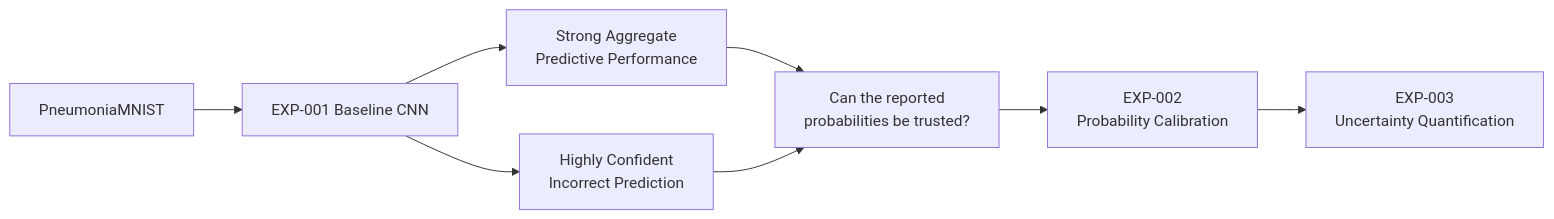
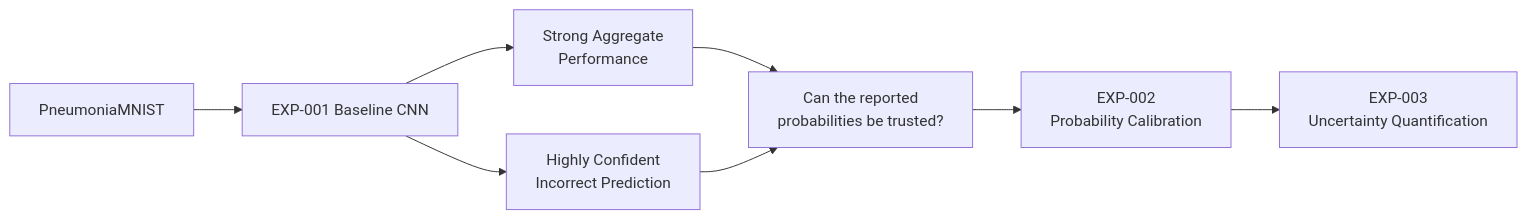
Before and after one commit to hammedfataio/trustworthy-healthcare-ai: the first of 11 diagrams in docs/experiment_002_calibration.md, drawn with Mermaid. The commit also changed other lines of this file, not shown here.

````diff
--- a/docs/experiment_002_calibration.md
+++ b/docs/experiment_002_calibration.md
@@ -101,17 +97,15 @@
 ```mermaid
 flowchart LR
 
     DATA["PneumoniaMNIST"] --> CNN["EXP-001 Baseline CNN"]
 
-    CNN --> PERF["Strong Aggregate<br/>Predictive Performance"]
-
+    CNN --> PERF["Strong Aggregate<br/>Performance"]
     CNN --> ERROR["Highly Confident<br/>Incorrect Prediction"]
 
     PERF --> QUESTION["Can the reported<br/>probabilities be trusted?"]
-
     ERROR --> QUESTION
 
     QUESTION --> EXP2["EXP-002<br/>Probability Calibration"]
 
     EXP2 --> NEXT["EXP-003<br/>Uncertainty Quantification"]
 ```
````
